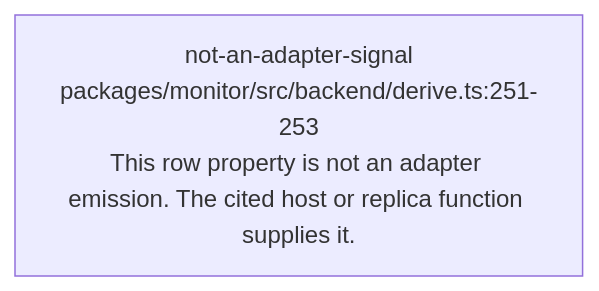
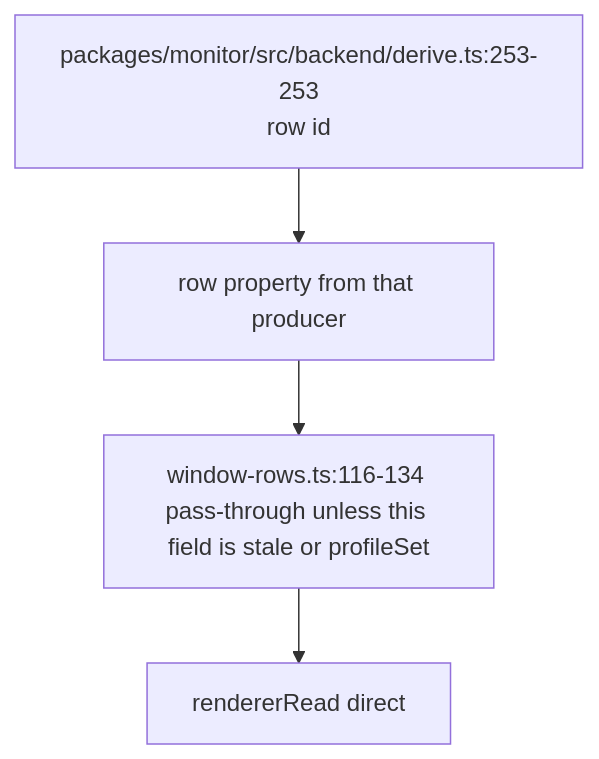
Before and after one commit to vibefield/puppeteer: the diagram in audit/godview/evidence/copilot/id.mmd, drawn with Mermaid. The commit also changed 630 other files, not shown here.

First line of the commit message:
Record source scope and field-domain reachability for first-half rows.

```diff
--- a/audit/godview/evidence/copilot/id.mmd
+++ b/audit/godview/evidence/copilot/id.mmd
@@ -1,5 +1,9 @@
 %% field: field.id
-%% adapter: copilot
-%% forensic: source-read 748d015a7e393112e0a91dad80111fdf5abe6583; not a live sample
+%% sourceScope: host-supplied
+%% staticPresence: always-on-row
+%% liveObserved: false
 flowchart TD
-  n0["not-an-adapter-signal\npackages/monitor/src/backend/derive.ts:251-253\nThis row property is not an adapter emission. The cited host or replica function supplies it."]
+  producer["packages/monitor/src/backend/derive.ts:253-253\nrow id"]
+  producer --> row["row property from that producer"]
+  row --> window["window-rows.ts:116-134 pass-through unless this field is stale or profileSet"]
+  window --> reader["rendererRead direct"]
```
